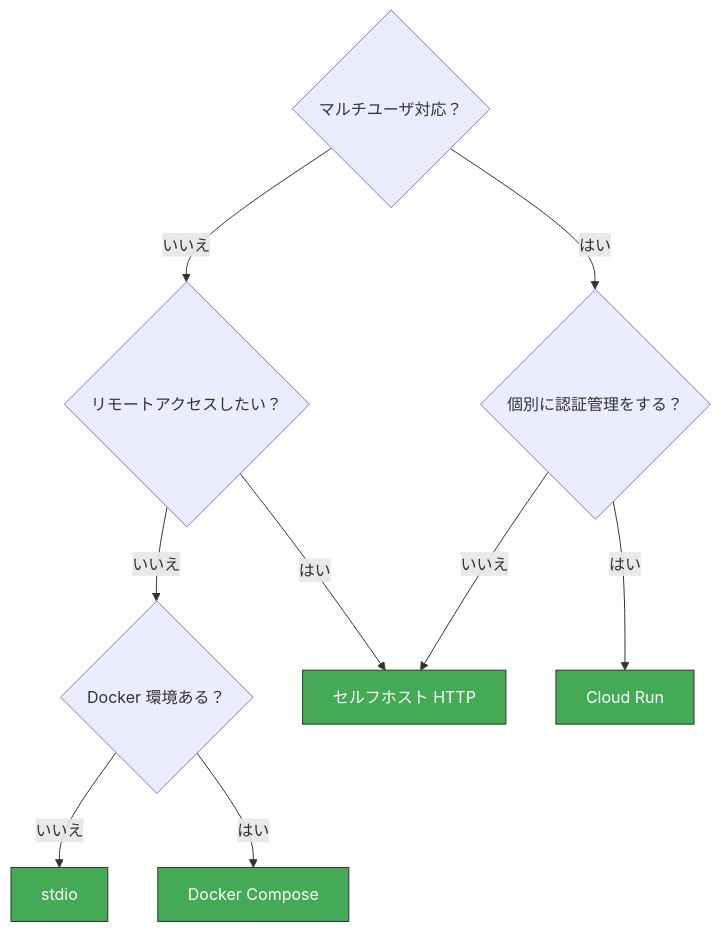
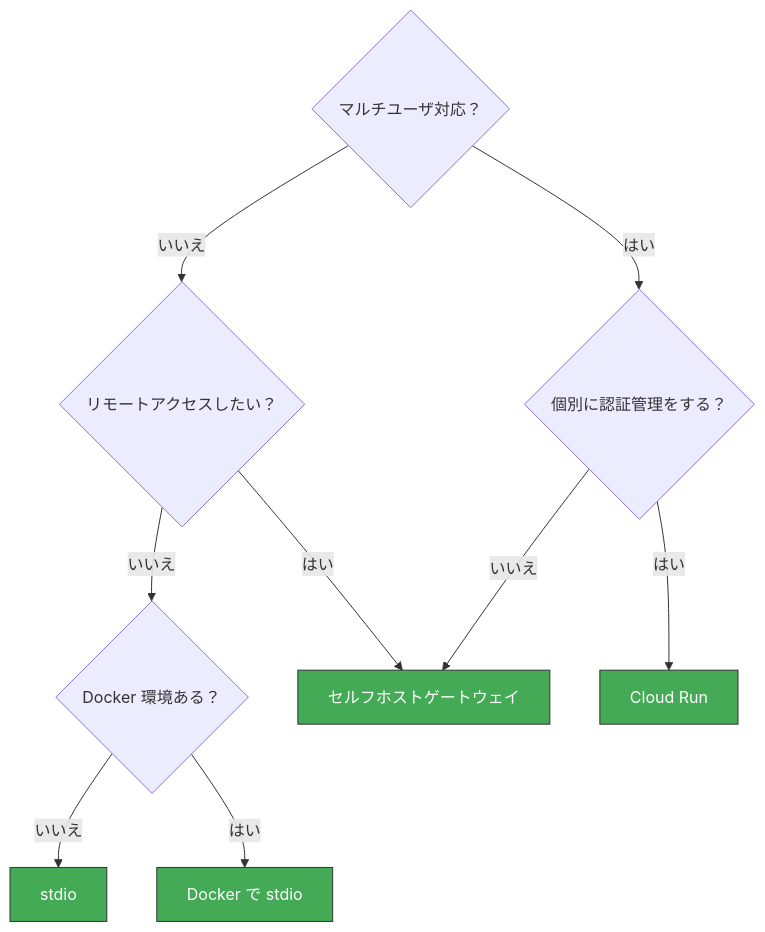
One commit to shigechika/jquants-mcp changed the first of 5 diagrams in docs/deploy/README.ja.md. Above: the diagram before and after it, drawn with Mermaid. The commit also changed other lines of this file and 14 other files, not shown here.

````diff
--- a/docs/deploy/README.ja.md
+++ b/docs/deploy/README.ja.md
@@ -14,20 +18,20 @@
 ```mermaid
 flowchart TD
     Q1{"マルチユーザ対応？"}
     Q1 -->|いいえ| Q2{"リモートアクセスしたい？"}
     Q1 -->|はい| Q3{"個別に認証管理をする？"}
 
     Q2 -->|いいえ| Q4{"Docker 環境ある？"}
-    Q2 -->|はい| R3["セルフホスト HTTP"]
+    Q2 -->|はい| R3["セルフホストゲートウェイ"]
 
     Q4 -->|いいえ| R2["stdio"]
-    Q4 -->|はい| R1["Docker Compose"]
+    Q4 -->|はい| R1["Docker で stdio"]
 
     Q3 -->|いいえ| R3
     Q3 -->|はい| R4["Cloud Run"]
 
     style R1 fill:#4a5,stroke:#333,color:#fff
     style R2 fill:#4a5,stroke:#333,color:#fff
     style R3 fill:#4a5,stroke:#333,color:#fff
     style R4 fill:#4a5,stroke:#333,color:#fff
 ```
````
